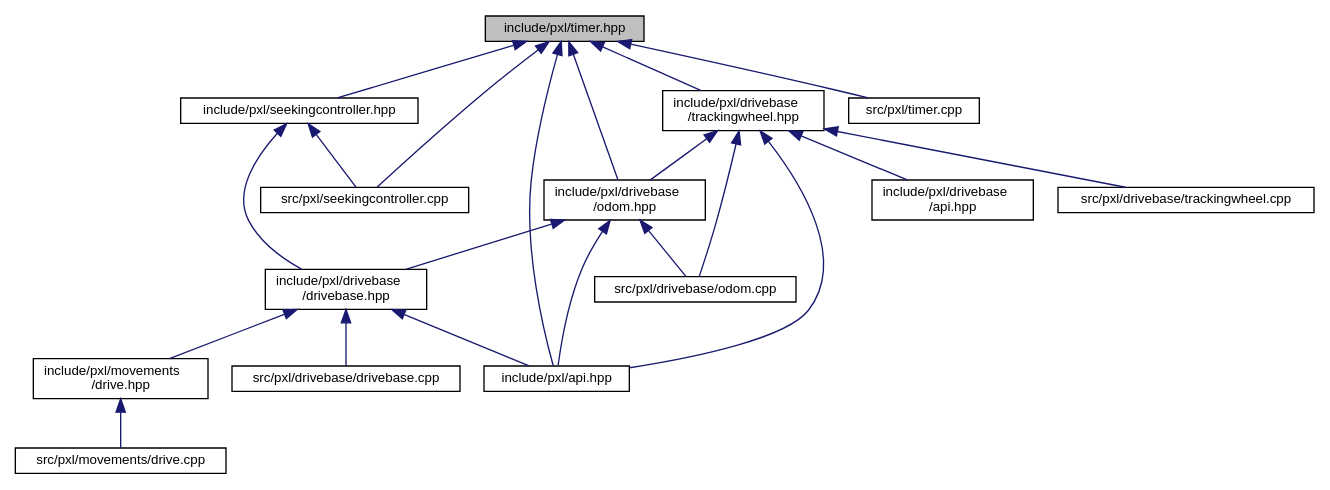
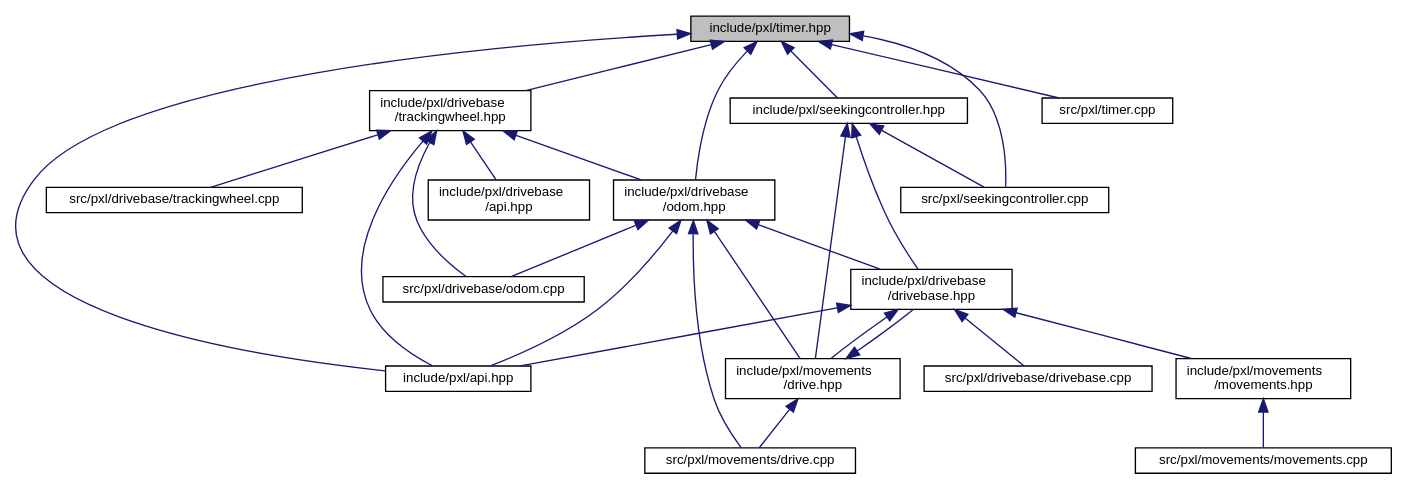
The diagram in timer_8hpp__dep__incl.dot (Pixel-Lib/Pixel), drawn with Graphviz before and after one commit. The commit also changed 171 other files, not shown here.

```diff
--- a/timer_8hpp__dep__incl.dot
+++ b/timer_8hpp__dep__incl.dot
@@ -1,40 +1,48 @@
 digraph "include/pxl/timer.hpp"
 {
  // LATEX_PDF_SIZE
   edge [fontname="Helvetica",fontsize="10",labelfontname="Helvetica",labelfontsize="10"];
   node [fontname="Helvetica",fontsize="10",shape=record];
   Node1 [label="include/pxl/timer.hpp",height=0.2,width=0.4,color="black", fillcolor="grey75", style="filled", fontcolor="black",tooltip=" "];
   Node1 -> Node2 [dir="back",color="midnightblue",fontsize="10",style="solid",fontname="Helvetica"];
   Node2 [label="include/pxl/api.hpp",height=0.2,width=0.4,color="black", fillcolor="white", style="filled",URL="$api_8hpp.html",tooltip=" "];
   Node1 -> Node3 [dir="back",color="midnightblue",fontsize="10",style="solid",fontname="Helvetica"];
   Node3 [label="include/pxl/drivebase\l/odom.hpp",height=0.2,width=0.4,color="black", fillcolor="white", style="filled",URL="$odom_8hpp.html",tooltip=" "];
   Node3 -> Node2 [dir="back",color="midnightblue",fontsize="10",style="solid",fontname="Helvetica"];
   Node3 -> Node4 [dir="back",color="midnightblue",fontsize="10",style="solid",fontname="Helvetica"];
   Node4 [label="include/pxl/drivebase\l/drivebase.hpp",height=0.2,width=0.4,color="black", fillcolor="white", style="filled",URL="$drivebase_8hpp.html",tooltip=" "];
   Node4 -> Node2 [dir="back",color="midnightblue",fontsize="10",style="solid",fontname="Helvetica"];
   Node4 -> Node5 [dir="back",color="midnightblue",fontsize="10",style="solid",fontname="Helvetica"];
   Node5 [label="include/pxl/movements\l/drive.hpp",height=0.2,width=0.4,color="black", fillcolor="white", style="filled",URL="$drive_8hpp.html",tooltip=" "];
+  Node5 -> Node4 [dir="back",color="midnightblue",fontsize="10",style="solid",fontname="Helvetica"];
   Node5 -> Node6 [dir="back",color="midnightblue",fontsize="10",style="solid",fontname="Helvetica"];
   Node6 [label="src/pxl/movements/drive.cpp",height=0.2,width=0.4,color="black", fillcolor="white", style="filled",URL="$drive_8cpp.html",tooltip=" "];
   Node4 -> Node7 [dir="back",color="midnightblue",fontsize="10",style="solid",fontname="Helvetica"];
-  Node7 [label="src/pxl/drivebase/drivebase.cpp",height=0.2,width=0.4,color="black", fillcolor="white", style="filled",URL="$drivebase_8cpp.html",tooltip=" "];
-  Node3 -> Node8 [dir="back",color="midnightblue",fontsize="10",style="solid",fontname="Helvetica"];
-  Node8 [label="src/pxl/drivebase/odom.cpp",height=0.2,width=0.4,color="black", fillcolor="white", style="filled",URL="$odom_8cpp.html",tooltip=" "];
-  Node1 -> Node9 [dir="back",color="midnightblue",fontsize="10",style="solid",fontname="Helvetica"];
-  Node9 [label="include/pxl/drivebase\l/trackingwheel.hpp",height=0.2,width=0.4,color="black", fillcolor="white", style="filled",URL="$trackingwheel_8hpp.html",tooltip=" "];
-  Node9 -> Node2 [dir="back",color="midnightblue",fontsize="10",style="solid",fontname="Helvetica"];
-  Node9 -> Node10 [dir="back",color="midnightblue",fontsize="10",style="solid",fontname="Helvetica"];
-  Node10 [label="include/pxl/drivebase\l/api.hpp",height=0.2,width=0.4,color="black", fillcolor="white", style="filled",URL="$drivebase_2api_8hpp.html",tooltip=" "];
-  Node9 -> Node3 [dir="back",color="midnightblue",fontsize="10",style="solid",fontname="Helvetica"];
-  Node9 -> Node8 [dir="back",color="midnightblue",fontsize="10",style="solid",fontname="Helvetica"];
-  Node9 -> Node11 [dir="back",color="midnightblue",fontsize="10",style="solid",fontname="Helvetica"];
-  Node11 [label="src/pxl/drivebase/trackingwheel.cpp",height=0.2,width=0.4,color="black", fillcolor="white", style="filled",URL="$trackingwheel_8cpp.html",tooltip=" "];
-  Node1 -> Node12 [dir="back",color="midnightblue",fontsize="10",style="solid",fontname="Helvetica"];
-  Node12 [label="include/pxl/seekingcontroller.hpp",height=0.2,width=0.4,color="black", fillcolor="white", style="filled",URL="$seekingcontroller_8hpp.html",tooltip=" "];
-  Node12 -> Node4 [dir="back",color="midnightblue",fontsize="10",style="solid",fontname="Helvetica"];
-  Node12 -> Node13 [dir="back",color="midnightblue",fontsize="10",style="solid",fontname="Helvetica"];
-  Node13 [label="src/pxl/seekingcontroller.cpp",height=0.2,width=0.4,color="black", fillcolor="white", style="filled",URL="$seekingcontroller_8cpp.html",tooltip=" "];
-  Node1 -> Node13 [dir="back",color="midnightblue",fontsize="10",style="solid",fontname="Helvetica"];
+  Node7 [label="include/pxl/movements\l/movements.hpp",height=0.2,width=0.4,color="black", fillcolor="white", style="filled",URL="$movements_8hpp.html",tooltip=" "];
+  Node7 -> Node8 [dir="back",color="midnightblue",fontsize="10",style="solid",fontname="Helvetica"];
+  Node8 [label="src/pxl/movements/movements.cpp",height=0.2,width=0.4,color="black", fillcolor="white", style="filled",URL="$movements_8cpp.html",tooltip=" "];
+  Node4 -> Node9 [dir="back",color="midnightblue",fontsize="10",style="solid",fontname="Helvetica"];
+  Node9 [label="src/pxl/drivebase/drivebase.cpp",height=0.2,width=0.4,color="black", fillcolor="white", style="filled",URL="$drivebase_8cpp.html",tooltip=" "];
+  Node3 -> Node5 [dir="back",color="midnightblue",fontsize="10",style="solid",fontname="Helvetica"];
+  Node3 -> Node10 [dir="back",color="midnightblue",fontsize="10",style="solid",fontname="Helvetica"];
+  Node10 [label="src/pxl/drivebase/odom.cpp",height=0.2,width=0.4,color="black", fillcolor="white", style="filled",URL="$odom_8cpp.html",tooltip=" "];
+  Node3 -> Node6 [dir="back",color="midnightblue",fontsize="10",style="solid",fontname="Helvetica"];
+  Node1 -> Node11 [dir="back",color="midnightblue",fontsize="10",style="solid",fontname="Helvetica"];
+  Node11 [label="include/pxl/drivebase\l/trackingwheel.hpp",height=0.2,width=0.4,color="black", fillcolor="white", style="filled",URL="$trackingwheel_8hpp.html",tooltip=" "];
+  Node11 -> Node2 [dir="back",color="midnightblue",fontsize="10",style="solid",fontname="Helvetica"];
+  Node11 -> Node12 [dir="back",color="midnightblue",fontsize="10",style="solid",fontname="Helvetica"];
+  Node12 [label="include/pxl/drivebase\l/api.hpp",height=0.2,width=0.4,color="black", fillcolor="white", style="filled",URL="$drivebase_2api_8hpp.html",tooltip=" "];
+  Node11 -> Node3 [dir="back",color="midnightblue",fontsize="10",style="solid",fontname="Helvetica"];
+  Node11 -> Node10 [dir="back",color="midnightblue",fontsize="10",style="solid",fontname="Helvetica"];
+  Node11 -> Node13 [dir="back",color="midnightblue",fontsize="10",style="solid",fontname="Helvetica"];
+  Node13 [label="src/pxl/drivebase/trackingwheel.cpp",height=0.2,width=0.4,color="black", fillcolor="white", style="filled",URL="$trackingwheel_8cpp.html",tooltip=" "];
   Node1 -> Node14 [dir="back",color="midnightblue",fontsize="10",style="solid",fontname="Helvetica"];
-  Node14 [label="src/pxl/timer.cpp",height=0.2,width=0.4,color="black", fillcolor="white", style="filled",URL="$timer_8cpp.html",tooltip=" "];
+  Node14 [label="include/pxl/seekingcontroller.hpp",height=0.2,width=0.4,color="black", fillcolor="white", style="filled",URL="$seekingcontroller_8hpp.html",tooltip=" "];
+  Node14 -> Node4 [dir="back",color="midnightblue",fontsize="10",style="solid",fontname="Helvetica"];
+  Node14 -> Node5 [dir="back",color="midnightblue",fontsize="10",style="solid",fontname="Helvetica"];
+  Node14 -> Node15 [dir="back",color="midnightblue",fontsize="10",style="solid",fontname="Helvetica"];
+  Node15 [label="src/pxl/seekingcontroller.cpp",height=0.2,width=0.4,color="black", fillcolor="white", style="filled",URL="$seekingcontroller_8cpp.html",tooltip=" "];
+  Node1 -> Node15 [dir="back",color="midnightblue",fontsize="10",style="solid",fontname="Helvetica"];
+  Node1 -> Node16 [dir="back",color="midnightblue",fontsize="10",style="solid",fontname="Helvetica"];
+  Node16 [label="src/pxl/timer.cpp",height=0.2,width=0.4,color="black", fillcolor="white", style="filled",URL="$timer_8cpp.html",tooltip=" "];
 }
```
